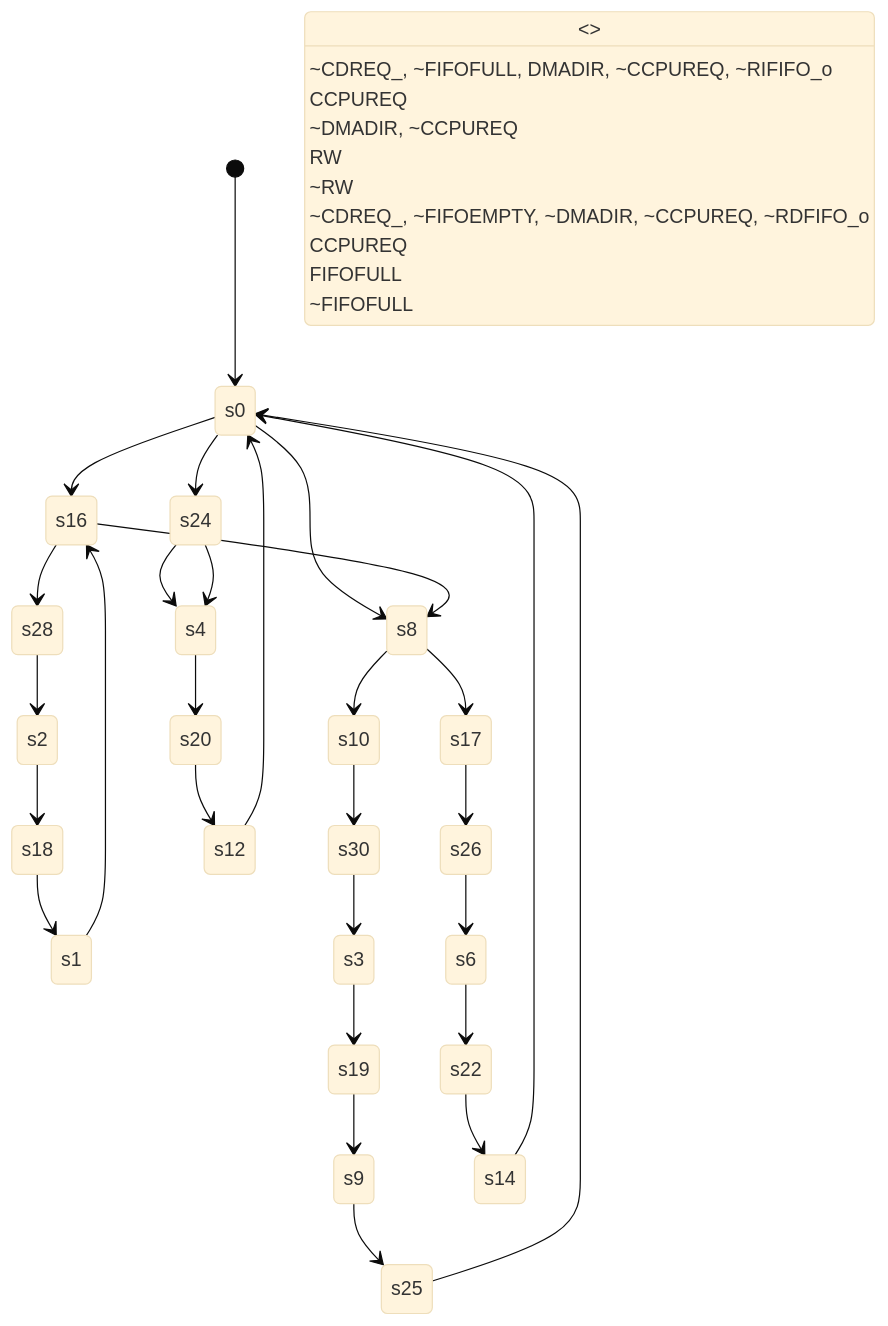
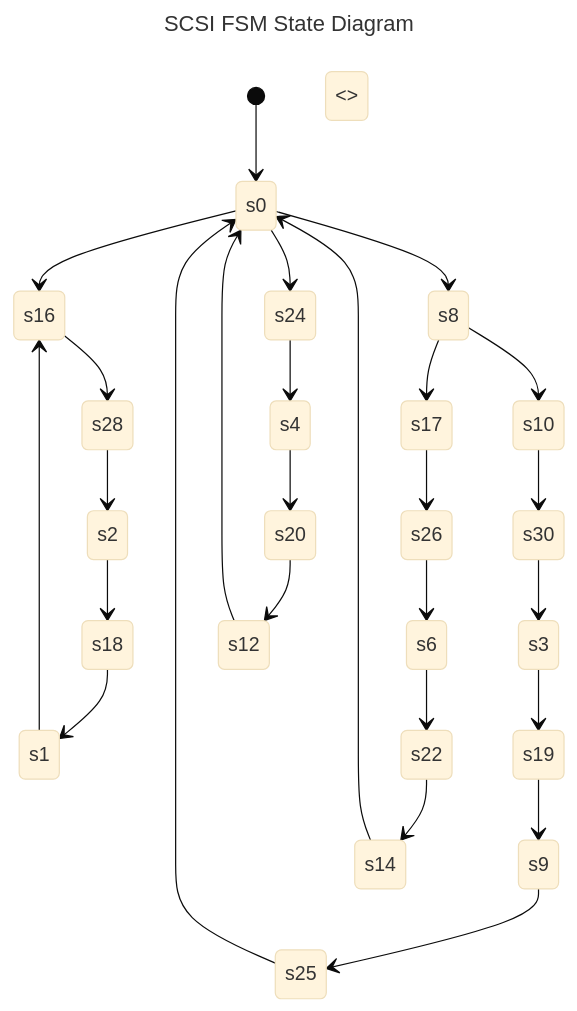
One commit to mbtaylor1982/ReSDMAC changed the diagram in RTL/SCSI_SM/README.md. Above: the diagram before and after it, drawn with Mermaid (base theme).

Commit message:
Update SCSI FSM state diagram

````diff
--- a/RTL/SCSI_SM/README.md
+++ b/RTL/SCSI_SM/README.md
@@ -33,42 +33,33 @@
 ```mermaid
+---
+title: SCSI FSM State Diagram
+---
 stateDiagram-v2
-
-[*] --> s0
-
-s0 --> s24 <<choice>>: ~CDREQ_, ~FIFOFULL, DMADIR, ~CCPUREQ, ~RIFIFO_o
-s0 --> s8 <<choice>>: CCPUREQ
-s0 --> s16 <<choice>>: ~DMADIR, ~CCPUREQ
-
-s1 --> s16
-s2 --> s18
-s3 --> s19
-s4 --> s20
-s6 --> s22
-s8 --> s10 <<choice>>: RW
-s8 --> s17 <<choice>>: ~RW
-s9 --> s25
-
-s10 --> s30
-
-s12 --> s0
-s14 --> s0
-
-s16 --> s28 <<choice>>: ~CDREQ_, ~FIFOEMPTY, ~DMADIR, ~CCPUREQ, ~RDFIFO_o
-s16 --> s8 <<choice>>: CCPUREQ
-s17 --> s26 <<choice>>
-s18 --> s1
-s19 --> s9
-s20 --> s12
-
-s22 --> s14
-
-s24 --> s4 <<choice>>: FIFOFULL
-s24 --> s4 <<choice>>: ~FIFOFULL
-
-s25 --> s0
-s26 --> s6
-
-s28 --> s2
-s30 --> s3
+    [*] --> s0
+    s0 --> s24 <<choice>>
+    s0 --> s8 <<choice>>
+    s0 --> s16 <<choice>>
+    s1 --> s16
+    s2 --> s18
+    s3 --> s19
+    s4 --> s20
+    s6 --> s22
+    s8 --> s10 <<choice>>
+    s8 --> s17 <<choice>> 
+    s9 --> s25
+    s10 --> s30
+    s12 --> s0
+    s14 --> s0
+    s16 --> s28
+    s17 --> s26
+    s18 --> s1
+    s19 --> s9
+    s20 --> s12
+    s22 --> s14
+    s24 --> s4
+    s25 --> s0
+    s26 --> s6
+    s28 --> s2
+    s30 --> s3   
 
 ```
````
